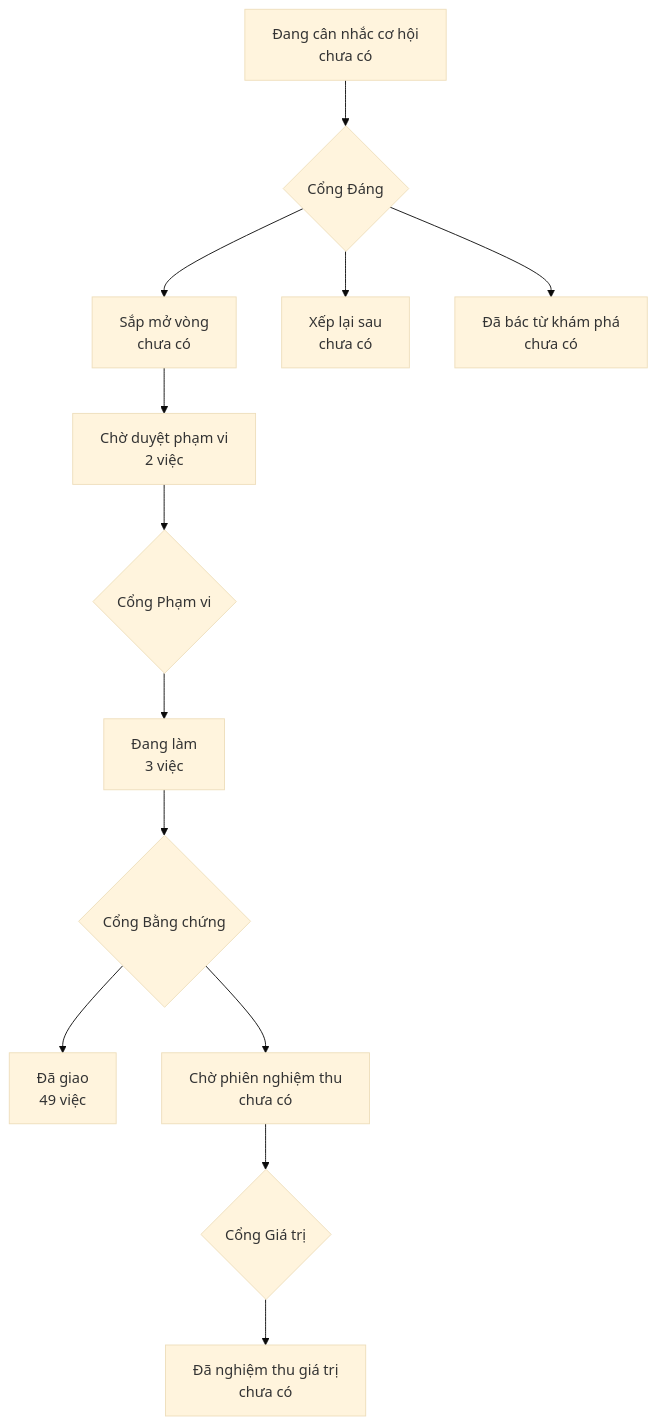
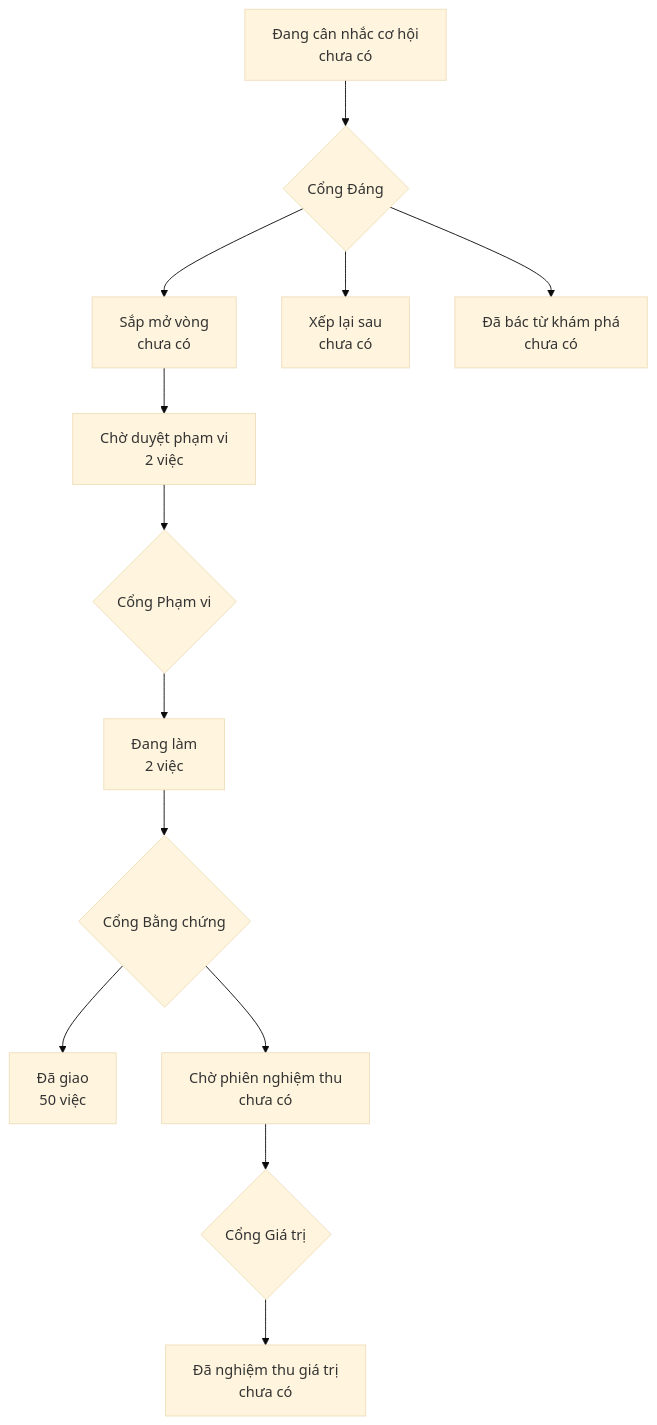
One commit to phanlemanh/acceptance-gate-kit changed the diagram in PRODUCT-MAP.md. Above: the diagram before and after it, drawn with Mermaid (base theme).

Commit message:
chore(map): vẽ lại bản đồ sau chữ ký Cổng 2 — tool-kill-duong-doc-lap sang Đã giao (cây sạch, --check exit 0)

````diff
--- a/PRODUCT-MAP.md
+++ b/PRODUCT-MAP.md
@@ -6,12 +6,12 @@
 ```mermaid
 flowchart TD
   A["Đang cân nhắc cơ hội<br/>chưa có"] --> GD{"Cổng Đáng"}
   GD --> B["Sắp mở vòng<br/>chưa có"]
   GD --> XL["Xếp lại sau<br/>chưa có"]
   GD --> DB["Đã bác từ khám phá<br/>chưa có"]
   B --> CD["Chờ duyệt phạm vi<br/>2 việc"] --> GP{"Cổng Phạm vi"}
-  GP --> DL["Đang làm<br/>3 việc"] --> GB{"Cổng Bằng chứng"}
-  GB --> DG["Đã giao<br/>49 việc"]
+  GP --> DL["Đang làm<br/>2 việc"] --> GB{"Cổng Bằng chứng"}
+  GB --> DG["Đã giao<br/>50 việc"]
   GB --> CN["Chờ phiên nghiệm thu<br/>chưa có"] --> GG{"Cổng Giá trị"}
   GG --> NT["Đã nghiệm thu giá trị<br/>chưa có"]
 ```
````
